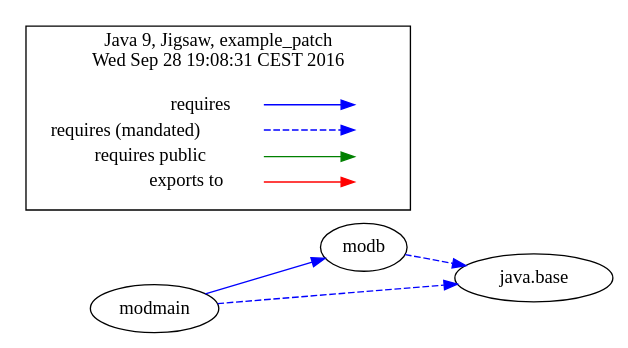
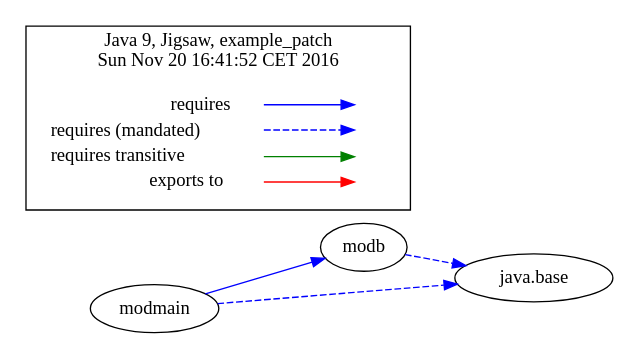
Before and after one commit to accso/java9-jigsaw-examples: the diagram in jigsaw-examples/example_patch/moduledependencies-withlegend.dot, drawn with Graphviz. The commit also changed 84 other files, not shown here.

```diff
--- a/jigsaw-examples/example_patch/moduledependencies-withlegend.dot
+++ b/jigsaw-examples/example_patch/moduledependencies-withlegend.dot
@@ -1,32 +1,32 @@
-# Created by depvis.JigsawDepVisualizer on Wed Sep 28 19:08:31 CEST 2016
+# Created by depvis.JigsawDepVisualizer on Sun Nov 20 16:41:52 CET 2016
 digraph Java9_Dependency_Visualizer {
+modmain[fontname="Consolas",shape="ellipse",label="modmain"];
 modb[fontname="Consolas",shape="ellipse",label="modb"];
 java_base[fontname="Consolas",shape="ellipse",label="java.base"];
-modmain[fontname="Consolas",shape="ellipse",label="modmain"];
-modb -> java_base[color="#0000ff",fontname="Consolas",fontcolor="#0000ff",style="dashed",weight="16"]
 modmain -> modb[color="#0000ff",fontname="Consolas",fontcolor="#0000ff",weight="8"]
 modmain -> java_base[color="#0000ff",fontname="Consolas",fontcolor="#0000ff",style="dashed",weight="16"]
+modb -> java_base[color="#0000ff",fontname="Consolas",fontcolor="#0000ff",style="dashed",weight="16"]
 rankdir=LR
 node [shape=plaintext]
 subgraph cluster_01 { 
   label = "Java 9, Jigsaw, example_patch
-Wed Sep 28 19:08:31 CEST 2016"
+Sun Nov 20 16:41:52 CET 2016"
   fontname="Consolas"
   key [label=<<table border="0" cellpadding="2" cellspacing="0" cellborder="0">
     <tr><td align="right" port="i1">requires</td></tr>
     <tr><td align="right" port="i2">requires (mandated)</td></tr>
-    <tr><td align="right" port="i3">requires public</td></tr>
+    <tr><td align="right" port="i3">requires transitive</td></tr>
     <tr><td align="right" port="i4">exports to</td></tr>
     </table>>,fontname="Consolas"]
   key2 [label=<<table border="0" cellpadding="2" cellspacing="0" cellborder="0">
     <tr><td port="i1">&nbsp;</td></tr>
     <tr><td port="i2">&nbsp;</td></tr>
     <tr><td port="i3">&nbsp;</td></tr>
     <tr><td port="i4">&nbsp;</td></tr>
     </table>>,fontname="Consolas"]
   key:i1:e -> key2:i1:w [color=BLUE]
   key:i2:e -> key2:i2:w [color=BLUE, style=dashed]
   key:i3:e -> key2:i3:w [color=GREEN]
   key:i4:e -> key2:i4:w [color=RED]
 }
 }
```
